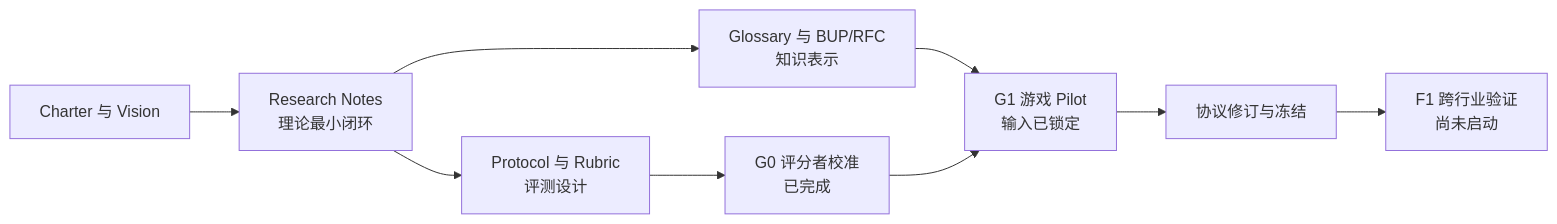
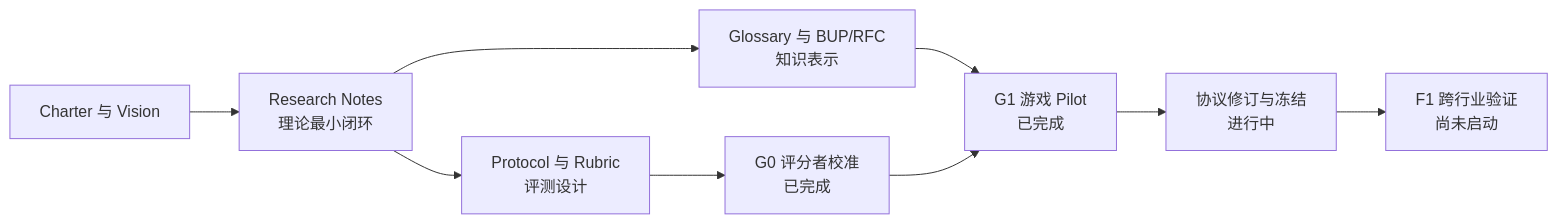
Before and after one commit to zeslyn/analytical_business_understanding: the diagram in README.md, drawn with Mermaid. The commit also changed other lines of this file and 12 other files, not shown here.

````diff
--- a/README.md
+++ b/README.md
@@ -38,11 +38,11 @@
 ```mermaid
 flowchart LR
     A["Charter 与 Vision"] --> B["Research Notes<br/>理论最小闭环"]
     B --> C["Glossary 与 BUP/RFC<br/>知识表示"]
     B --> D["Protocol 与 Rubric<br/>评测设计"]
     D --> E["G0 评分者校准<br/>已完成"]
-    C --> F["G1 游戏 Pilot<br/>输入已锁定"]
+    C --> F["G1 游戏 Pilot<br/>已完成"]
     E --> F
-    F --> G["协议修订与冻结"]
+    F --> G["协议修订与冻结<br/>进行中"]
     G --> H["F1 跨行业验证<br/>尚未启动"]
 ```
````
